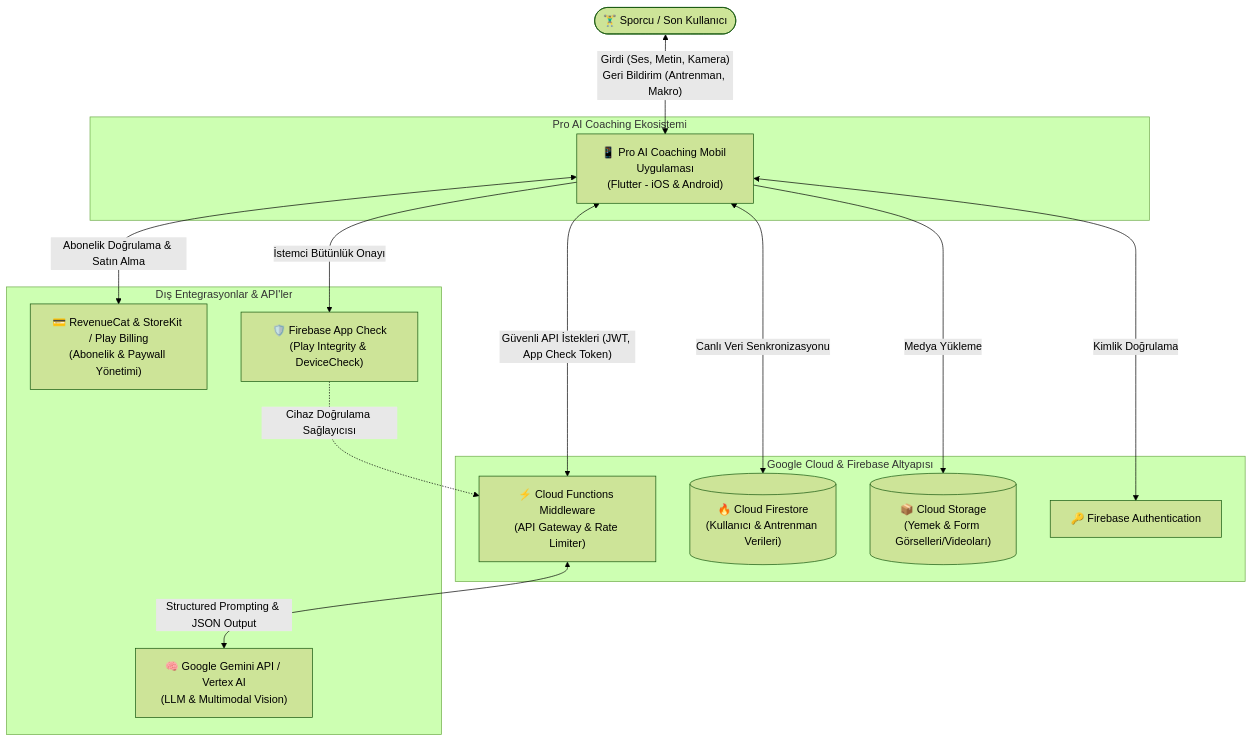
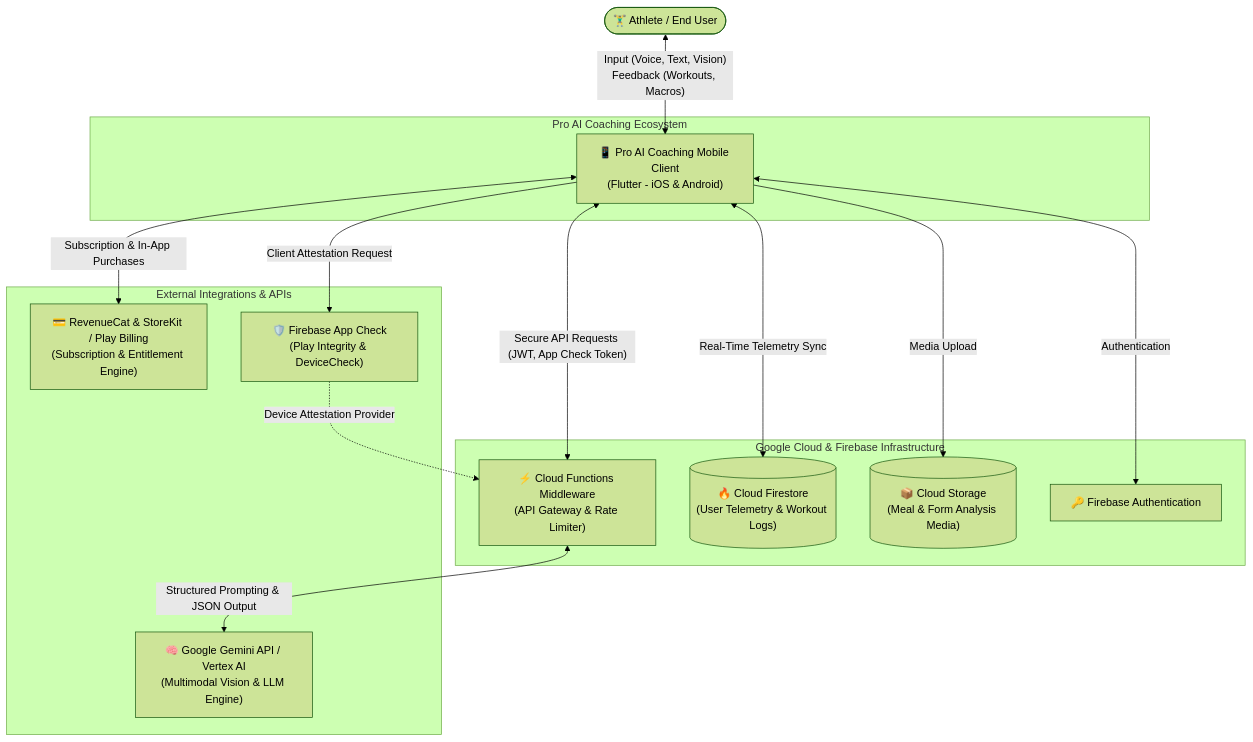
The first of 3 diagrams in README.md (JackBros/pro-ai-coaching-architecture), drawn with Mermaid (forest theme) before and after one commit. The commit also changed other lines of this file, not shown here.

````diff
--- a/README.md
+++ b/README.md
@@ -19,33 +19,33 @@
 ```mermaid
 flowchart TB
-    User(["🏋️‍♂️ Sporcu / Son Kullanıcı"])
+    User(["🏋️‍♂️ Athlete / End User"])
 
-    subgraph SystemBoundary ["Pro AI Coaching Ekosistemi"]
-        App["📱 Pro AI Coaching Mobil Uygulaması<br/>(Flutter - iOS & Android)"]
+    subgraph SystemBoundary ["Pro AI Coaching Ecosystem"]
+        App["📱 Pro AI Coaching Mobile Client<br/>(Flutter - iOS & Android)"]
     end
 
-    subgraph CloudInfra ["Google Cloud & Firebase Altyapısı"]
+    subgraph CloudInfra ["Google Cloud & Firebase Infrastructure"]
         BackendProxy["⚡ Cloud Functions Middleware<br/>(API Gateway & Rate Limiter)"]
-        DB[("🔥 Cloud Firestore<br/>(Kullanıcı & Antrenman Verileri)")]
-        Storage[("📦 Cloud Storage<br/>(Yemek & Form Görselleri/Videoları)")]
+        DB[("🔥 Cloud Firestore<br/>(User Telemetry & Workout Logs)")]
+        Storage[("📦 Cloud Storage<br/>(Meal & Form Analysis Media)")]
         Auth["🔑 Firebase Authentication"]
     end
 
-    subgraph ExternalServices ["Dış Entegrasyonlar & API'ler"]
-        Gemini["🧠 Google Gemini API / Vertex AI<br/>(LLM & Multimodal Vision)"]
-        RC["💳 RevenueCat & StoreKit / Play Billing<br/>(Abonelik & Paywall Yönetimi)"]
+    subgraph ExternalServices ["External Integrations & APIs"]
+        Gemini["🧠 Google Gemini API / Vertex AI<br/>(Multimodal Vision & LLM Engine)"]
+        RC["💳 RevenueCat & StoreKit / Play Billing<br/>(Subscription & Entitlement Engine)"]
         Security["🛡️ Firebase App Check<br/>(Play Integrity & DeviceCheck)"]
     end
 
-    User <-->|"Girdi (Ses, Metin, Kamera)<br/>Geri Bildirim (Antrenman, Makro)"| App
+    User <-->|"Input (Voice, Text, Vision)<br/>Feedback (Workouts, Macros)"| App
 
-    App <-->|"Kimlik Doğrulama"| Auth
-    App <-->|"Canlı Veri Senkronizasyonu"| DB
-    App -->|"Medya Yükleme"| Storage
-    App <-->|"Güvenli API İstekleri (JWT, App Check Token)"| BackendProxy
-    App <-->|"Abonelik Doğrulama & Satın Alma"| RC
-    App -->|"İstemci Bütünlük Onayı"| Security
+    App <-->|"Authentication"| Auth
+    App <-->|"Real-Time Telemetry Sync"| DB
+    App -->|"Media Upload"| Storage
+    App <-->|"Secure API Requests (JWT, App Check Token)"| BackendProxy
+    App <-->|"Subscription & In-App Purchases"| RC
+    App -->|"Client Attestation Request"| Security
 
     BackendProxy <-->|"Structured Prompting & JSON Output"| Gemini
-    Security -.->|"Cihaz Doğrulama Sağlayıcısı"| BackendProxy
+    Security -.->|"Device Attestation Provider"| BackendProxy
 ```
````
